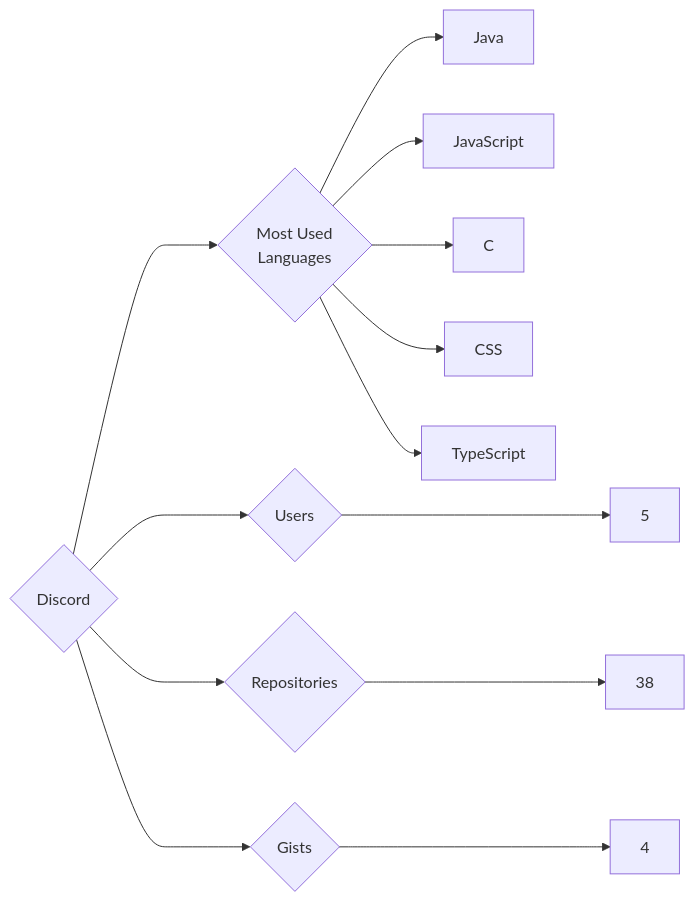
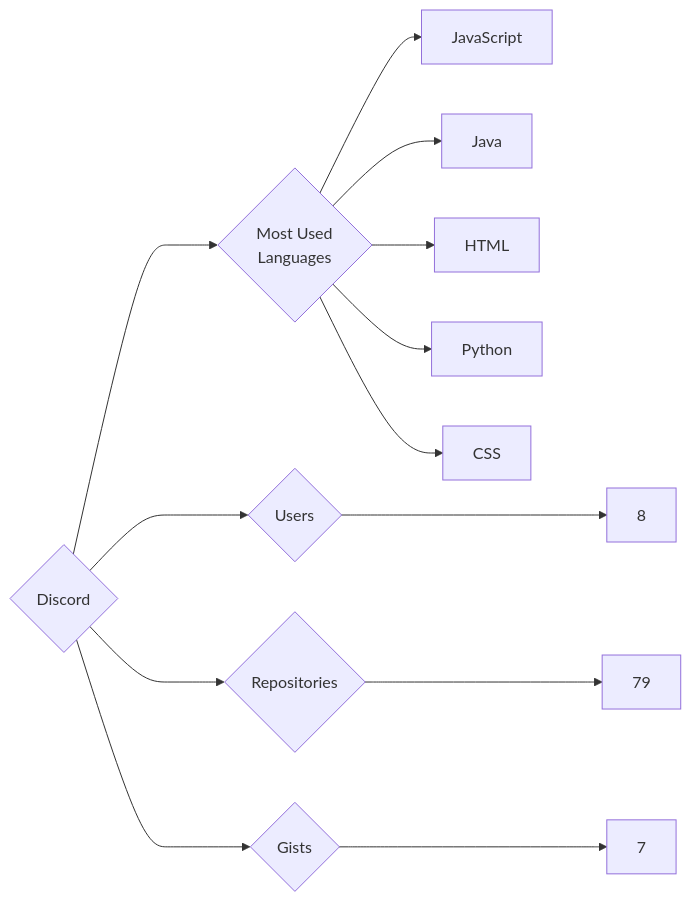
The diagram in targets/Discord/README.md (trickest/insiders), drawn with Mermaid before and after one commit. The commit also changed 1148 other files, not shown here.

````diff
--- a/targets/Discord/README.md
+++ b/targets/Discord/README.md
@@ -3,13 +3,13 @@
 ```mermaid
 graph LR
 COMPANY_NAME{Discord}
-COMPANY_NAME ---> U{Users} ---> UN[5]
-COMPANY_NAME ---> R{Repositories} ---> RN[38]
-COMPANY_NAME ---> G{Gists} ---> GN[4]
+COMPANY_NAME ---> U{Users} ---> UN[8]
+COMPANY_NAME ---> R{Repositories} ---> RN[79]
+COMPANY_NAME ---> G{Gists} ---> GN[7]
 COMPANY_NAME ---> ML{Most Used<br>Languages}
+ML --> JavaScript[JavaScript]
 ML --> Java[Java]
-ML --> JavaScript[JavaScript]
-ML --> C[C]
+ML --> HTML[HTML]
+ML --> Python[Python]
 ML --> CSS[CSS]
-ML --> TypeScript[TypeScript]
 ```
````
